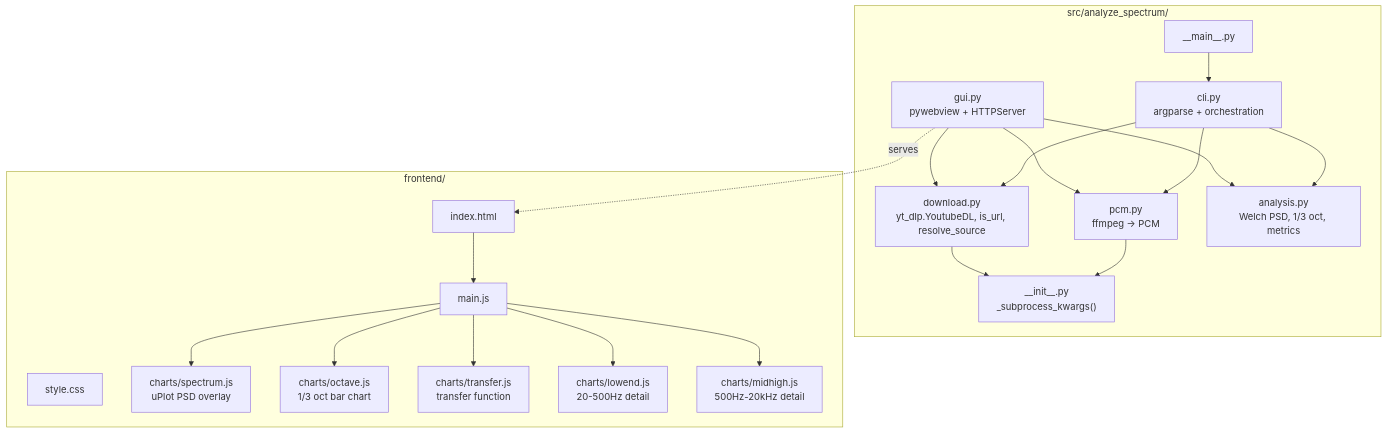
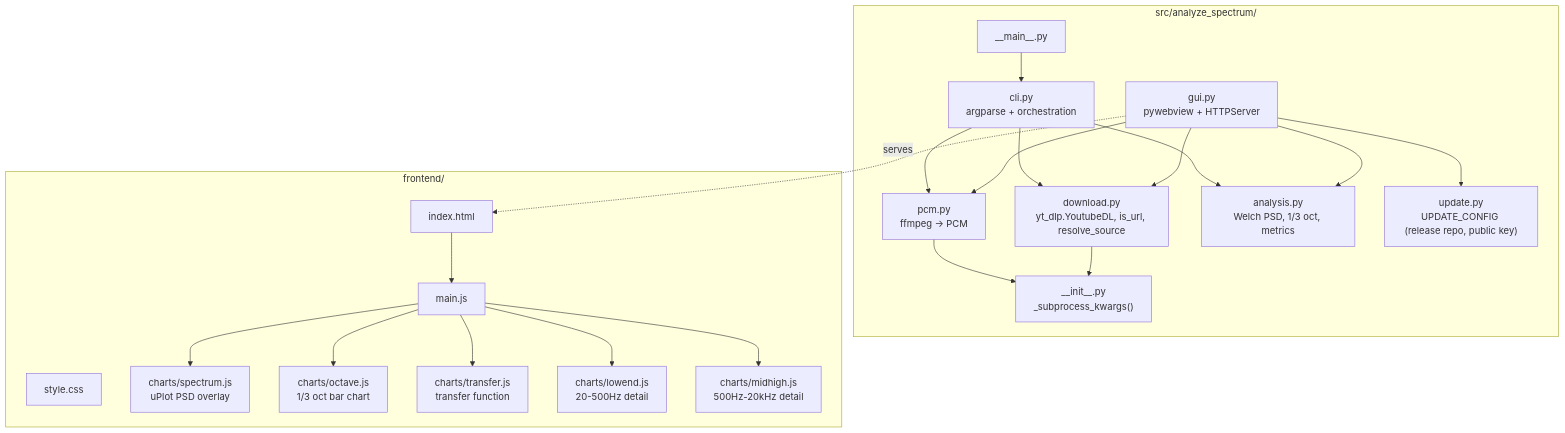
Before and after one commit to semnil/analyze-spectrum: the second of 17 diagrams in docs/architecture.md, drawn with Mermaid. The commit also changed other lines of this file and 3 other files, not shown here.

Commit message:
docs: 自動更新を CLAUDE.md・README・architecture・security-audit に記載する

````diff
--- a/docs/architecture.md
+++ b/docs/architecture.md
@@ -34,40 +34,42 @@
 ```mermaid
 graph TD
     subgraph "src/analyze_spectrum/"
         INIT["__init__.py<br>_subprocess_kwargs()"]
         MAIN["__main__.py"]
         CLI["cli.py<br>argparse + orchestration"]
         GUI["gui.py<br>pywebview + HTTPServer"]
         DL["download.py<br>yt_dlp.YoutubeDL, is_url, resolve_source"]
         PCM["pcm.py<br>ffmpeg → PCM"]
         ANA["analysis.py<br>Welch PSD, 1/3 oct, metrics"]
+        UPD["update.py<br>UPDATE_CONFIG (release repo, public key)"]
     end
 
     subgraph "frontend/"
         HTML["index.html"]
         JS["main.js"]
         CSS["style.css"]
         SP["charts/spectrum.js<br>uPlot PSD overlay"]
         OC["charts/octave.js<br>1/3 oct bar chart"]
         TF["charts/transfer.js<br>transfer function"]
         LE["charts/lowend.js<br>20-500Hz detail"]
         MH["charts/midhigh.js<br>500Hz-20kHz detail"]
     end
 
     MAIN --> CLI
     CLI --> DL
     CLI --> PCM
     CLI --> ANA
     GUI --> DL
     GUI --> PCM
     GUI --> ANA
+    GUI --> UPD
     GUI -.->|"serves"| HTML
     HTML --> JS
     JS --> SP
     JS --> OC
     JS --> TF
     JS --> LE
     JS --> MH
     PCM --> INIT
     DL --> INIT
 ```
````
